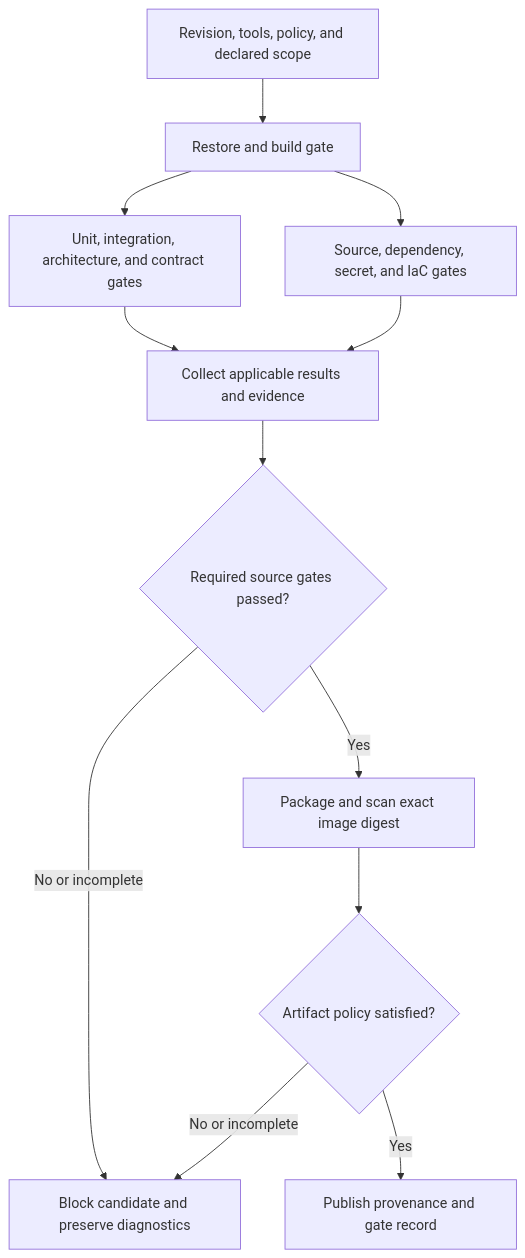
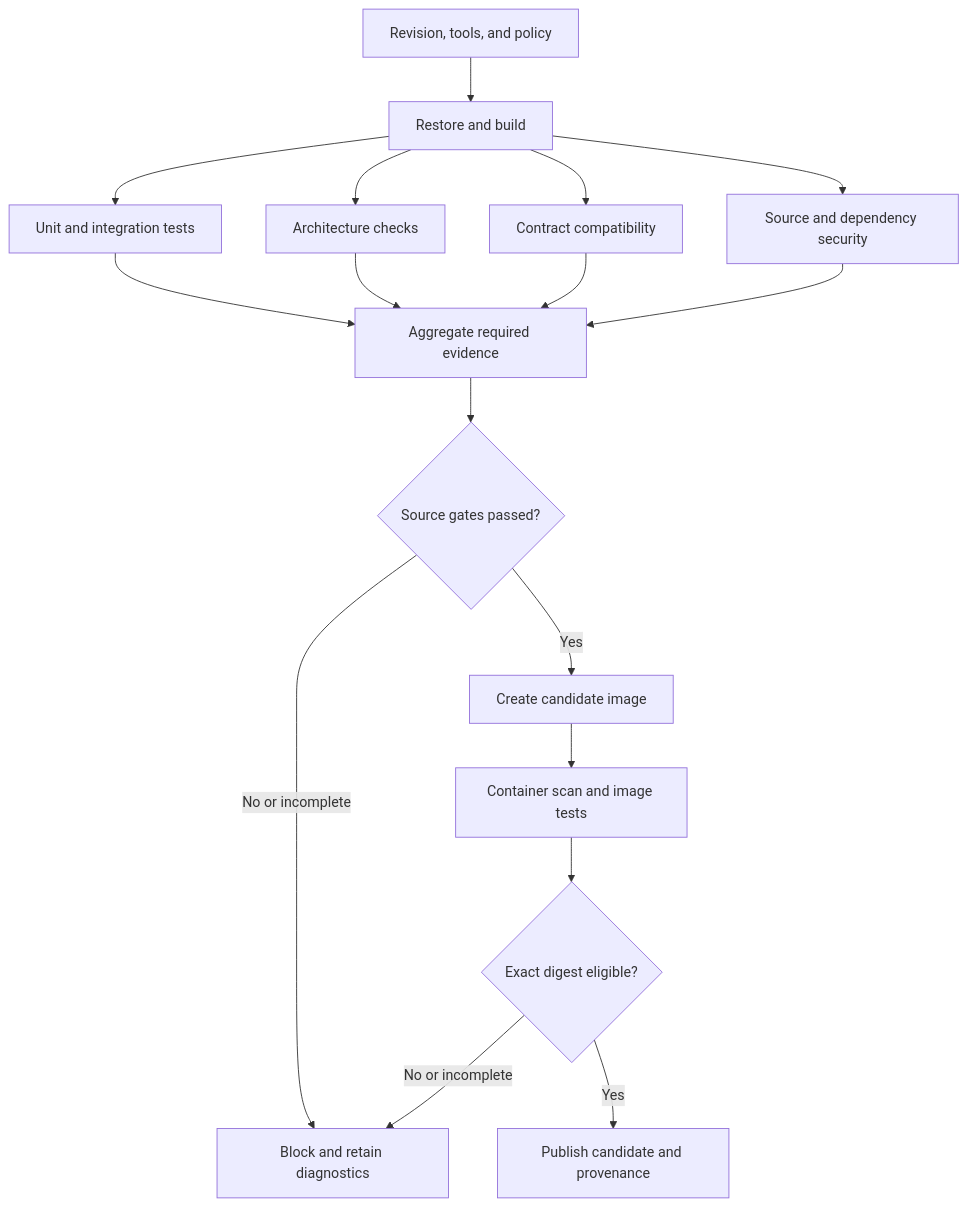
Before and after one commit to sheikh-zeeshan/Enterprise-AI-Engineering-Handbook: the second of 6 diagrams in book/53-ci-cd.md, drawn with Mermaid. The commit also changed other lines of this file and 16 other files, not shown here.

````diff
--- a/book/53-ci-cd.md
+++ b/book/53-ci-cd.md
@@ -377,14 +388,19 @@
 ```mermaid
 flowchart TD
-    Inputs["Revision, tools, policy, and declared scope"] --> Build["Restore and build gate"]
-    Build --> Tests["Unit, integration, architecture, and contract gates"]
-    Build --> Security["Source, dependency, secret, and IaC gates"]
-    Tests --> Aggregate["Collect applicable results and evidence"]
+    Inputs["Revision, tools, and policy"] --> Build["Restore and build"]
+    Build --> Tests["Unit and integration tests"]
+    Build --> Architecture["Architecture checks"]
+    Build --> Contracts["Contract compatibility"]
+    Build --> Security["Source and dependency security"]
+    Tests --> Aggregate["Aggregate required evidence"]
+    Architecture --> Aggregate
+    Contracts --> Aggregate
     Security --> Aggregate
-    Aggregate --> SourceReady{"Required source gates passed?"}
-    SourceReady -->|No or incomplete| Block["Block candidate and preserve diagnostics"]
-    SourceReady -->|Yes| Image["Package and scan exact image digest"]
-    Image --> ArtifactReady{"Artifact policy satisfied?"}
-    ArtifactReady -->|No or incomplete| Block
-    ArtifactReady -->|Yes| Attest["Publish provenance and gate record"]
+    Aggregate --> SourceReady{"Source gates passed?"}
+    SourceReady -->|No or incomplete| Block["Block and retain diagnostics"]
+    SourceReady -->|Yes| Package["Create candidate image"]
+    Package --> ImageGate["Container scan and image tests"]
+    ImageGate --> ImageReady{"Exact digest eligible?"}
+    ImageReady -->|No or incomplete| Block
+    ImageReady -->|Yes| Evidence["Publish candidate and provenance"]
 ```
````
